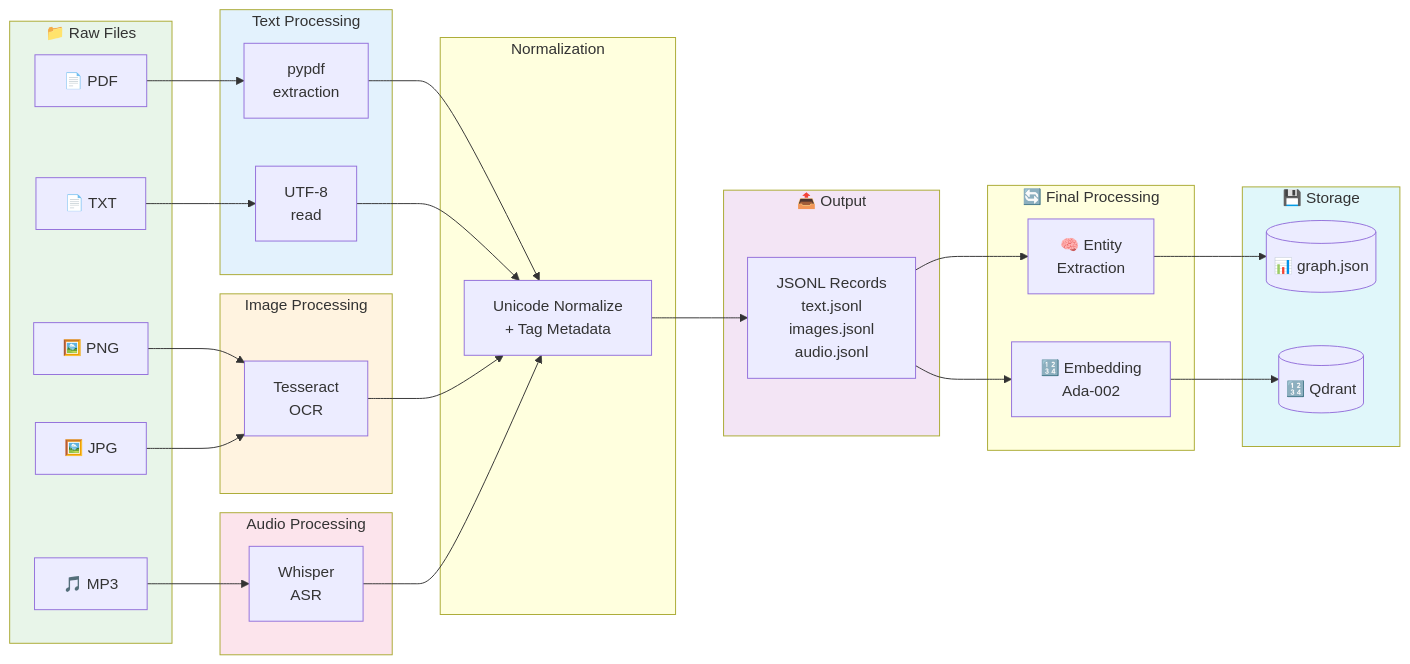
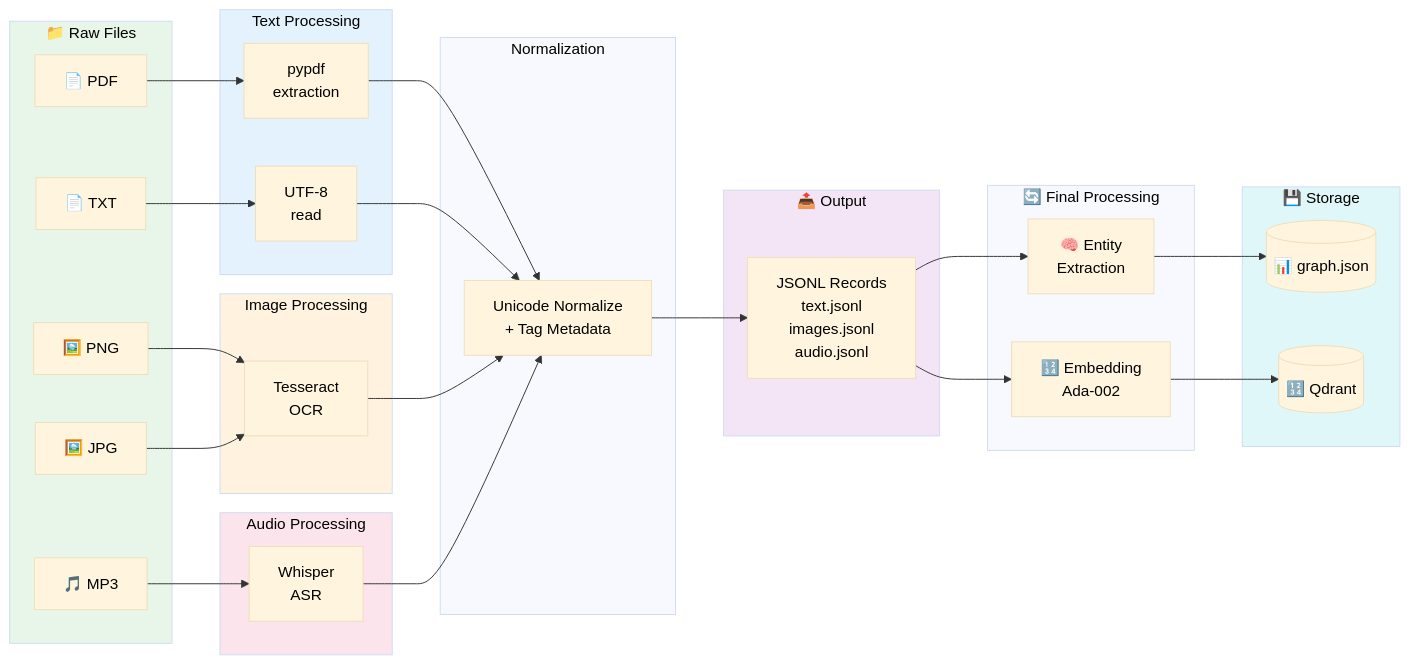
Before and after one commit to anirudhk-tech/Pokedex: the second of 8 diagrams in docs/ARCHITECTURE.md, drawn with Mermaid. The commit also changed other lines of this file and 2 other files, not shown here.

````diff
--- a/docs/ARCHITECTURE.md
+++ b/docs/ARCHITECTURE.md
@@ -120,67 +121,68 @@
 ```mermaid
+%%{init: {'theme': 'base', 'themeVariables': { 'primaryTextColor': '#000000', 'secondaryTextColor': '#000000', 'tertiaryTextColor': '#000000', 'lineColor': '#333333'}}}%%
 flowchart LR
     subgraph Input["📁 Raw Files"]
         PDF["📄 PDF"]
         TXT["📄 TXT"]
         PNG["🖼️ PNG"]
         JPG["🖼️ JPG"]
         MP3["🎵 MP3"]
     end
 
     subgraph TextProcess["Text Processing"]
         PYPDF["pypdf<br/>extraction"]
         UTF8["UTF-8<br/>read"]
     end
 
     subgraph ImageProcess["Image Processing"]
         TESS["Tesseract<br/>OCR"]
     end
 
     subgraph AudioProcess["Audio Processing"]
         WHISPER["Whisper<br/>ASR"]
     end
 
     subgraph Normalize["Normalization"]
         NORM["Unicode Normalize<br/>+ Tag Metadata"]
     end
 
     subgraph Output["📤 Output"]
         JSONL["JSONL Records<br/>text.jsonl<br/>images.jsonl<br/>audio.jsonl"]
     end
 
     subgraph Final["🔄 Final Processing"]
         LLM_EXT["🧠 Entity<br/>Extraction"]
         ADA["🔢 Embedding<br/>Ada-002"]
     end
 
     subgraph Stores["💾 Storage"]
         GRAPH[("📊 graph.json")]
         QDRANT[("🔢 Qdrant")]
     end
 
     PDF --> PYPDF
     TXT --> UTF8
     PNG --> TESS
     JPG --> TESS
     MP3 --> WHISPER
 
     PYPDF --> NORM
     UTF8 --> NORM
     TESS --> NORM
     WHISPER --> NORM
 
     NORM --> JSONL
 
     JSONL --> LLM_EXT
     JSONL --> ADA
 
     LLM_EXT --> GRAPH
     ADA --> QDRANT
 
     style Input fill:#e8f5e9
     style TextProcess fill:#e3f2fd
     style ImageProcess fill:#fff3e0
     style AudioProcess fill:#fce4ec
     style Output fill:#f3e5f5
     style Stores fill:#e0f7fa
 ```
````
